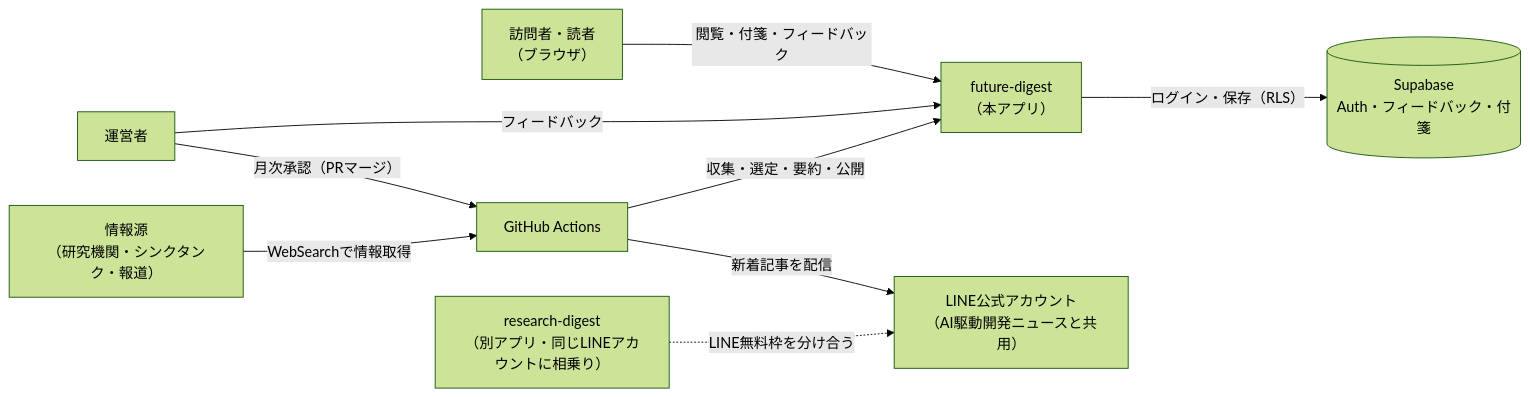
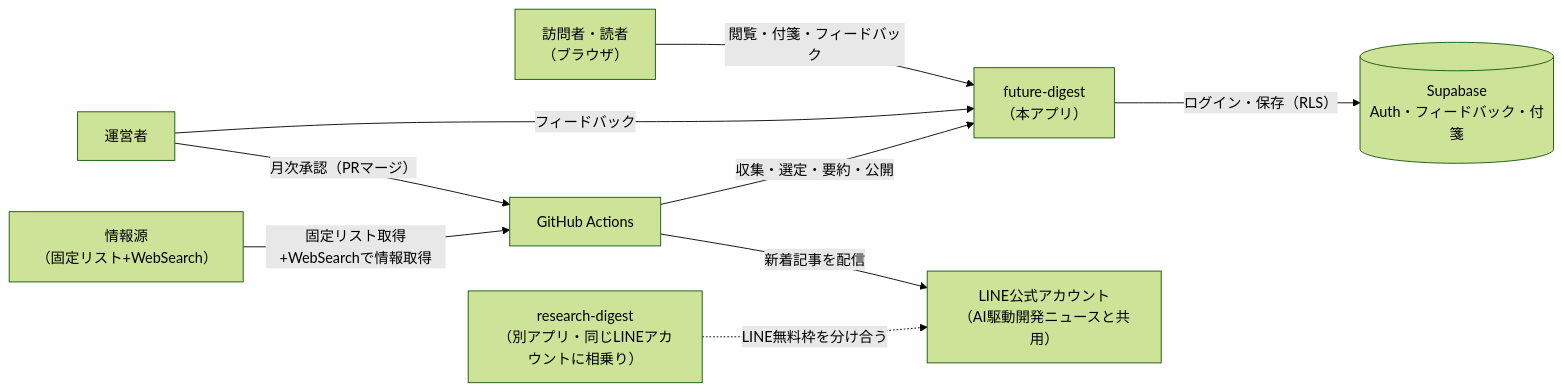
The first of 4 diagrams in specs/future-digest/architecture.md (zakiyama0108/benriyatool), drawn with Mermaid (forest theme) before and after one commit. The commit also changed other lines of this file and 3 other files, not shown here.

````diff
--- a/specs/future-digest/architecture.md
+++ b/specs/future-digest/architecture.md
@@ -21,20 +21,20 @@
 ```mermaid
 flowchart LR
     readers["訪問者・読者<br>（ブラウザ）"]
     operator["運営者"]
     app["future-digest<br>（本アプリ）"]
     supabase[("Supabase<br>Auth・フィードバック・付箋")]
     github["GitHub Actions"]
-    sources["情報源<br>（研究機関・シンクタンク・報道）"]
+    sources["情報源<br>（固定リスト+WebSearch）"]
     line["LINE公式アカウント<br>（AI駆動開発ニュースと共用）"]
     researchDigest["research-digest<br>（別アプリ・同じLINEアカウントに相乗り）"]
 
     readers -->|閲覧・付箋・フィードバック| app
     operator -->|フィードバック| app
     operator -->|月次承認（PRマージ）| github
     app -->|ログイン・保存（RLS）| supabase
     github -->|収集・選定・要約・公開| app
-    sources -->|WebSearchで情報取得| github
+    sources -->|固定リスト取得+WebSearchで情報取得| github
     github -->|新着記事を配信| line
     researchDigest -.->|LINE無料枠を分け合う| line
 ```
````
